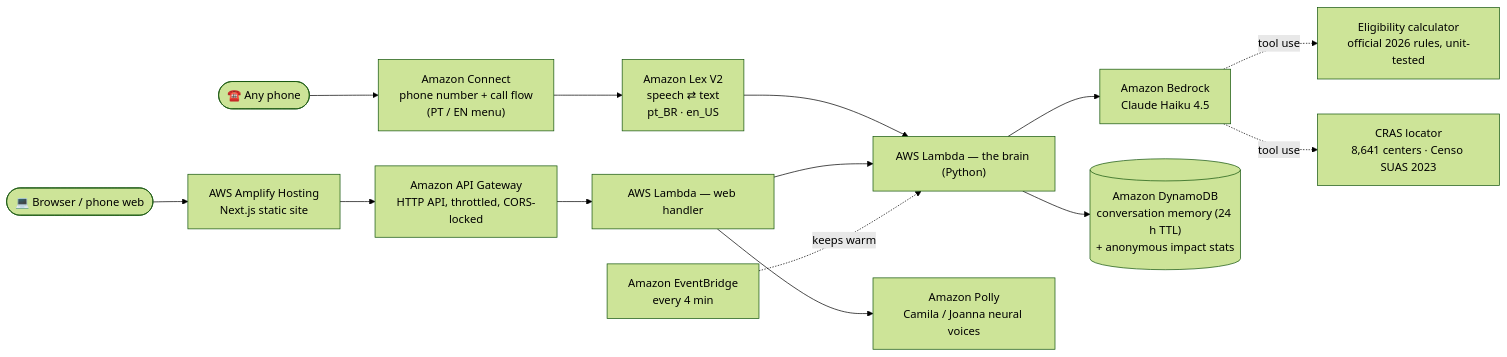
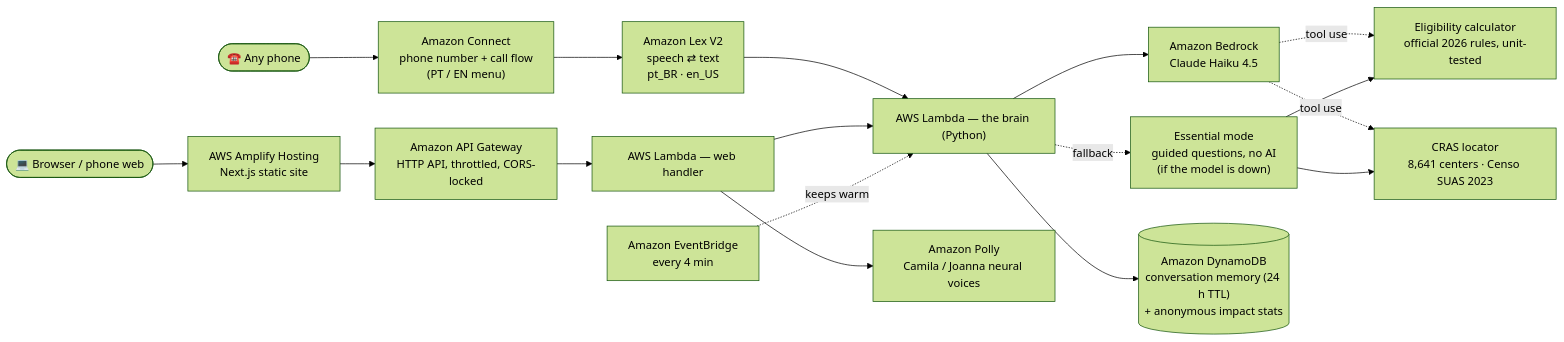
Before and after one commit to ericperinn/liga-pra-mim: the diagram in README.md, drawn with Mermaid (forest theme). The commit also changed other lines of this file and 4 other files, not shown here.

Commit message:
docs: add submission text, architecture image and essential mode to the READMEs

````diff
--- a/README.md
+++ b/README.md
@@ -28,18 +28,21 @@
 ```mermaid
 flowchart LR
     caller(["☎️ Any phone"]) --> connect["Amazon Connect<br/>phone number + call flow<br/>(PT / EN menu)"]
     connect --> lex["Amazon Lex V2<br/>speech ⇄ text<br/>pt_BR · en_US"]
     lex --> brain["AWS Lambda — the brain (Python)"]
 
     browser(["💻 Browser / phone web"]) --> amplify["AWS Amplify Hosting<br/>Next.js static site"]
     amplify --> api["Amazon API Gateway<br/>HTTP API, throttled, CORS-locked"]
     api --> web["AWS Lambda — web handler"]
     web --> brain
     web --> polly["Amazon Polly<br/>Camila / Joanna neural voices"]
 
     brain --> bedrock["Amazon Bedrock<br/>Claude Haiku 4.5"]
     bedrock -. tool use .-> calc["Eligibility calculator<br/>official 2026 rules, unit-tested"]
     bedrock -. tool use .-> cras["CRAS locator<br/>8,641 centers · Censo SUAS 2023"]
+    brain -. fallback .-> essential["Essential mode<br/>guided questions, no AI<br/>(if the model is down)"]
+    essential --> calc
+    essential --> cras
     brain --> ddb[("Amazon DynamoDB<br/>conversation memory (24 h TTL)<br/>+ anonymous impact stats")]
     timer["Amazon EventBridge<br/>every 4 min"] -. keeps warm .-> brain
 ```
````
